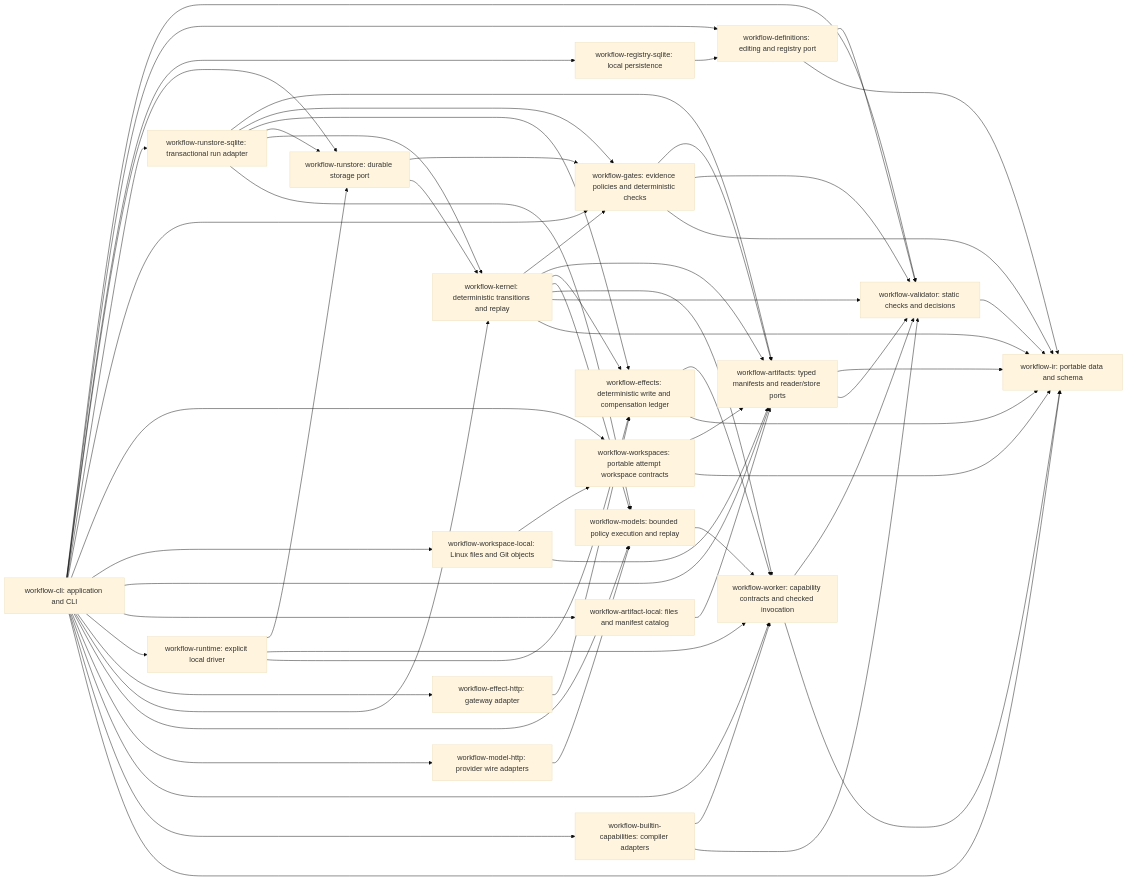
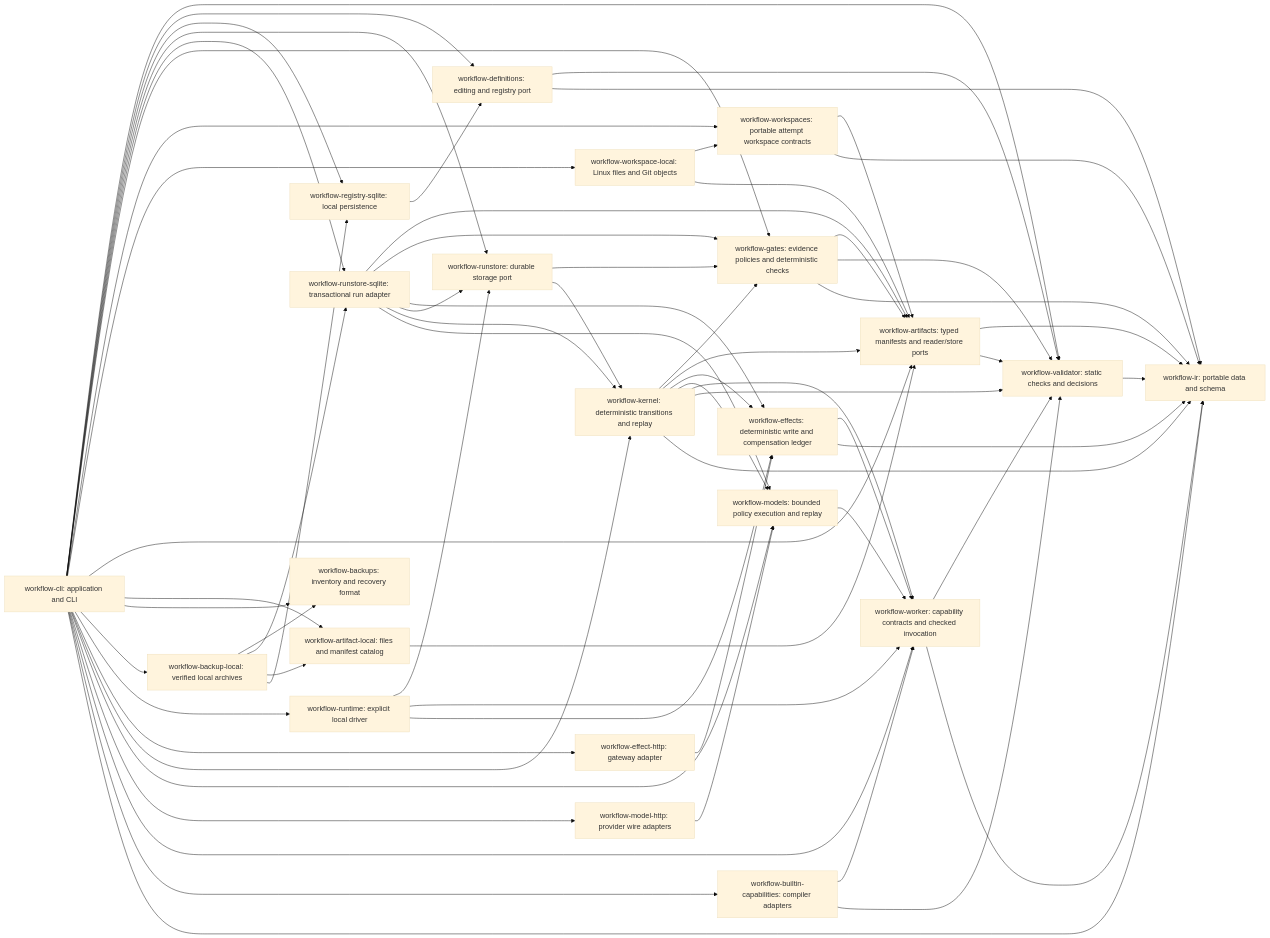
Before and after one commit to coolplayagent/workflow-cli: the diagram in docs/roadmap.md, drawn with Mermaid (base theme). The commit also changed other lines of this file and 50 other files, not shown here.

Commit message:
feat: add consistent local backup and fenced recovery (#33)

````diff
--- a/docs/roadmap.md
+++ b/docs/roadmap.md
@@ -8,62 +8,68 @@
 ```mermaid
 flowchart LR
     CLI[workflow-cli: application and CLI] --> V[workflow-validator: static checks and decisions]
     CLI --> D[workflow-definitions: editing and registry port]
     CLI --> S[workflow-registry-sqlite: local persistence]
     CLI --> RS[workflow-runstore: durable storage port]
     CLI --> DB[workflow-runstore-sqlite: transactional run adapter]
     CLI --> G[workflow-gates: evidence policies and deterministic checks]
     G --> A
     G --> V
     G --> IR
     CLI --> WS[workflow-workspaces: portable attempt workspace contracts]
     CLI --> WL[workflow-workspace-local: Linux files and Git objects]
     WL --> WS
     WL --> A
     WS --> A
     WS --> IR
     CLI --> A[workflow-artifacts: typed manifests and reader/store ports]
     CLI --> AF[workflow-artifact-local: files and manifest catalog]
     AF --> A
     DB --> A
     DB --> G
     RS --> G
     K --> G
     K --> A
     A --> IR
     A --> V
+    CLI --> BK[workflow-backups: inventory and recovery format]
+    CLI --> BL[workflow-backup-local: verified local archives]
+    BL --> BK
+    BL --> DB
+    BL --> AF
+    BL --> S
     CLI --> RT[workflow-runtime: explicit local driver]
     RT --> RS
     RT --> W
     RT --> E[workflow-effects: deterministic write and compensation ledger]
     DB --> E
     K --> E
     CLI --> EH[workflow-effect-http: gateway adapter]
     EH --> E
     E --> W
     E --> IR
     DB --> RS
     DB --> K
     RS --> K
     CLI --> K[workflow-kernel: deterministic transitions and replay]
     K --> M[workflow-models: bounded policy execution and replay]
     DB --> M
     CLI --> M
     CLI --> MH[workflow-model-http: provider wire adapters]
     MH --> M
     M --> W
     K --> W
     K --> V
     K --> IR
     CLI --> W[workflow-worker: capability contracts and checked invocation]
     CLI --> B[workflow-builtin-capabilities: compiler adapters]
     B --> W
     B --> V
     W --> V
     W --> IR
     S --> D
     D --> V
     D --> IR[workflow-ir: portable data and schema]
     CLI --> IR
     V --> IR
 ```
````
